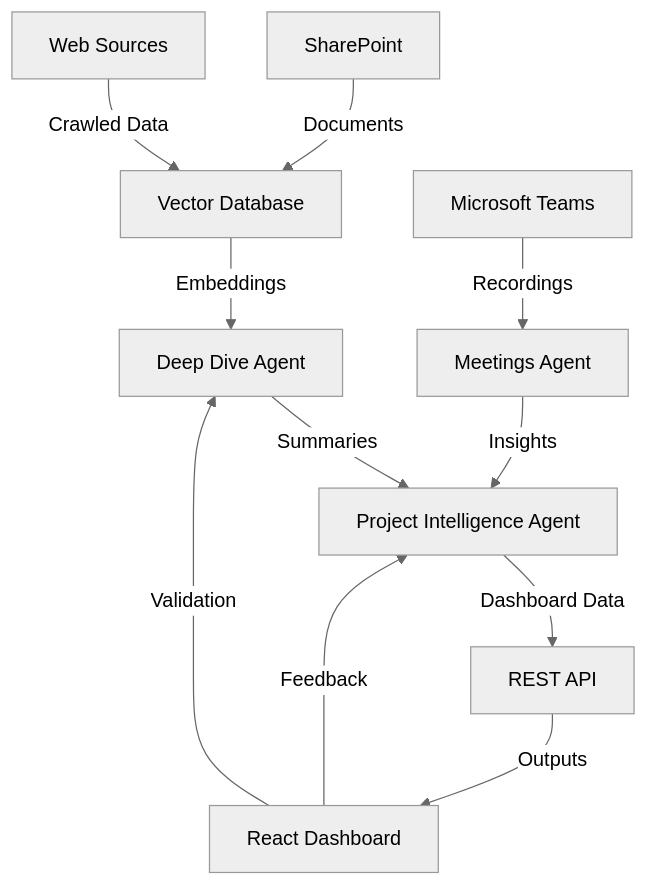
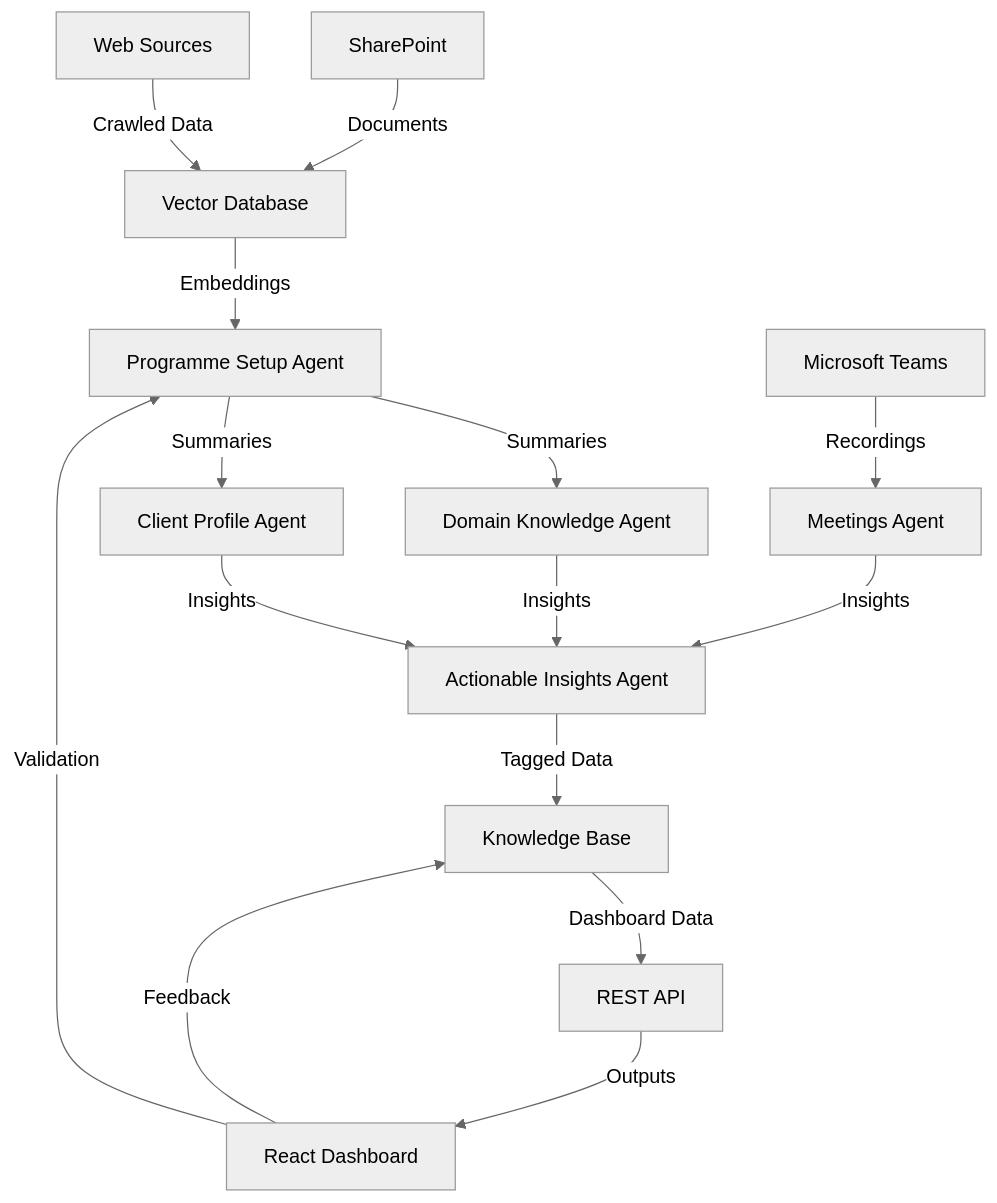
The second of 4 diagrams in doc/images/diagrams.md (KSProjectX/KS-onboarding), drawn with Mermaid (neutral theme) before and after one commit. The commit also changed other lines of this file and 13 other files, not shown here.

````diff
--- a/doc/images/diagrams.md
+++ b/doc/images/diagrams.md
@@ -26,13 +37,17 @@
 ```mermaid
 graph TD
     A[SharePoint] -->|Documents| B[Vector Database]
     C[Web Sources] -->|Crawled Data| B
-    B -->|Embeddings| D[Deep Dive Agent]
-    D -->|Summaries| E[Project Intelligence Agent]
-    F[Microsoft Teams] -->|Recordings| G[Meetings Agent]
-    G -->|Insights| E
-    E -->|Dashboard Data| H[REST API]
-    H -->|Outputs| I[React Dashboard]
-    I -->|Feedback| E
-    I -->|Validation| D
+    B -->|Embeddings| D[Programme Setup Agent]
+    D -->|Summaries| E[Domain Knowledge Agent]
+    D -->|Summaries| F[Client Profile Agent]
+    G[Microsoft Teams] -->|Recordings| H[Meetings Agent]
+    E -->|Insights| I[Actionable Insights Agent]
+    F -->|Insights| I
+    H -->|Insights| I
+    I -->|Tagged Data| J[Knowledge Base]
+    J -->|Dashboard Data| K[REST API]
+    K -->|Outputs| L[React Dashboard]
+    L -->|Feedback| J
+    L -->|Validation| D
 ```
````
